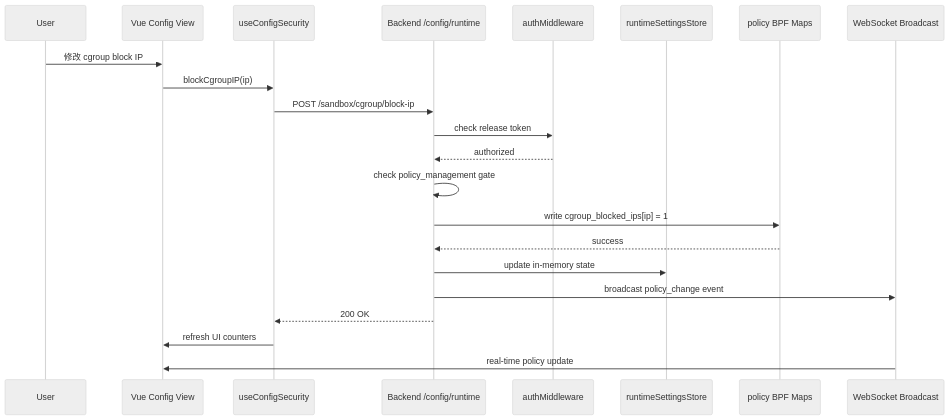
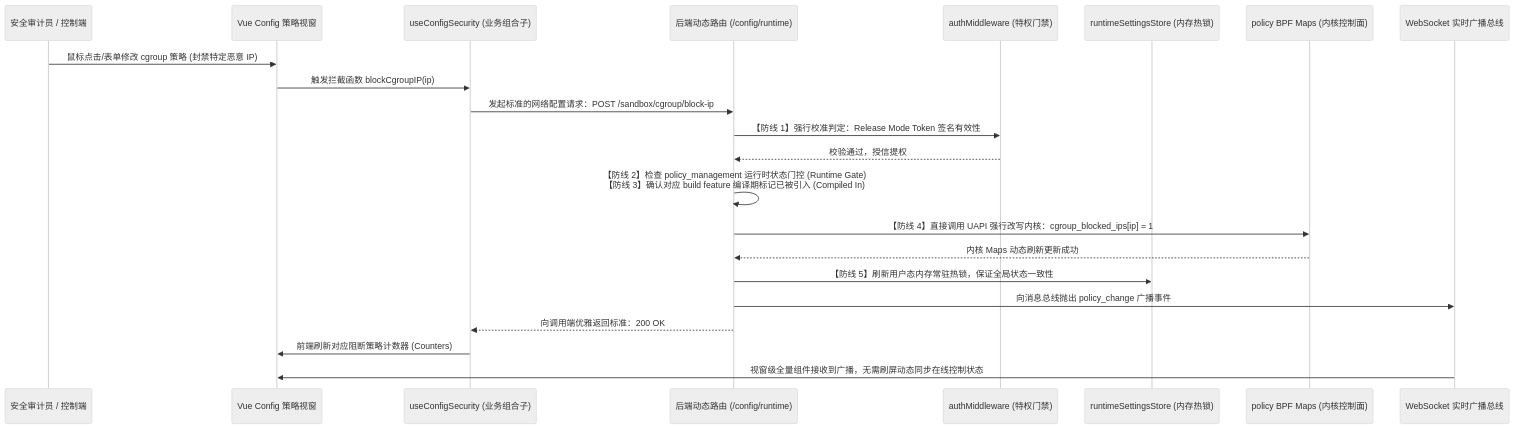
Before and after one commit to stevessr/agent-ebpf-filter: the fifth of 6 diagrams in docs/architecture/data-flow.md, drawn with Mermaid (neutral theme). The commit also changed other lines of this file and 3 other files, not shown here.

````diff
--- a/docs/architecture/data-flow.md
+++ b/docs/architecture/data-flow.md
@@ -191,25 +195,26 @@
 ```mermaid
 sequenceDiagram
-    participant User as User
-    participant View as Vue Config View
-    participant Composable as useConfigSecurity
-    participant API as Backend /config/runtime
-    participant Auth as authMiddleware
-    participant Store as runtimeSettingsStore
-    participant BPFMap as policy BPF Maps
-    participant WS as WebSocket Broadcast
-    
-    User->>View: 修改 cgroup block IP
-    View->>Composable: blockCgroupIP(ip)
-    Composable->>API: POST /sandbox/cgroup/block-ip
-    API->>Auth: check release token
-    Auth-->>API: authorized
-    API->>API: check policy_management gate
-    API->>BPFMap: write cgroup_blocked_ips[ip] = 1
-    BPFMap-->>API: success
-    API->>Store: update in-memory state
-    API->>WS: broadcast policy_change event
-    API-->>Composable: 200 OK
-    Composable->>View: refresh UI counters
-    WS->>View: real-time policy update
+    participant User as 安全审计员 / 控制端
+    participant View as Vue Config 策略视窗
+    participant Composable as useConfigSecurity (业务组合子)
+    participant API as 后端动态路由 (/config/runtime)
+    participant Auth as authMiddleware (特权门禁)
+    participant Store as runtimeSettingsStore (内存热锁)
+    participant BPFMap as policy BPF Maps (内核控制面)
+    participant WS as WebSocket 实时广播总线
+
+    User->>View: 鼠标点击/表单修改 cgroup 策略 (封禁特定恶意 IP)
+    View->>Composable: 触发拦截函数 blockCgroupIP(ip)
+    Composable->>API: 发起标准的网络配置请求：POST /sandbox/cgroup/block-ip
+    API->>Auth: 【防线 1】强行校准判定：Release Mode Token 签名有效性
+    Auth-->>API: 校验通过，授信提权
+    API->>API: 【防线 2】检查 policy_management 运行时状态门控 (Runtime Gate)<br>【防线 3】确认对应 build feature 编译期标记已被引入 (Compiled In)
+    API->>BPFMap: 【防线 4】直接调用 UAPI 强行改写内核：cgroup_blocked_ips[ip] = 1
+    BPFMap-->>API: 内核 Maps 动态刷新更新成功
+    API->>Store: 【防线 5】刷新用户态内存常驻热锁，保证全局状态一致性
+    API->>WS: 向消息总线抛出 policy_change 广播事件
+    API-->>Composable: 向调用端优雅返回标准：200 OK
+    Composable->>View: 前端刷新对应阻断策略计数器 (Counters)
+    WS->>View: 视窗级全量组件接收到广播，无需刷屏动态同步在线控制状态
+
 ```
````
